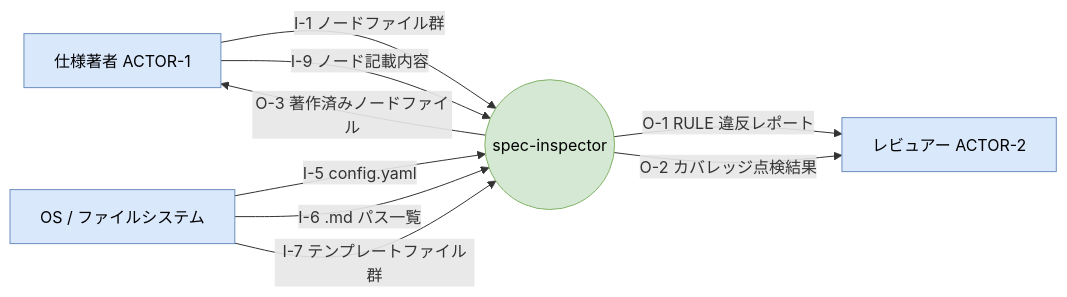
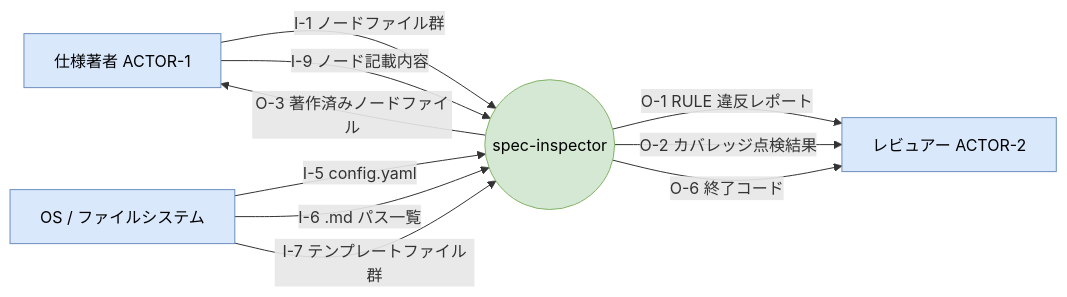
One commit to hiratashinnya/review-system changed the first of 15 diagrams in doc-system/03-analysis/00-dfd.md. Above: the diagram before and after it, drawn with Mermaid. The commit also changed other lines of this file and 5 other files, not shown here.

````diff
--- a/doc-system/03-analysis/00-dfd.md
+++ b/doc-system/03-analysis/00-dfd.md
@@ -23,19 +23,20 @@
 ```mermaid
 flowchart LR
   classDef ext fill:#dae8fc,stroke:#6c8ebf,color:#000
   classDef sys fill:#d5e8d4,stroke:#82b366,color:#000
 
   ACTOR1["仕様著者 ACTOR-1"]:::ext
   ACTOR2["レビュアー ACTOR-2"]:::ext
   FS["OS / ファイルシステム"]:::ext
   SYS(("spec-inspector")):::sys
 
   ACTOR1 -->|"I-1 ノードファイル群"| SYS
   ACTOR1 -->|"I-9 ノード記載内容"| SYS
   FS     -->|"I-5 config.yaml"| SYS
   FS     -->|"I-6 .md パス一覧"| SYS
   FS     -->|"I-7 テンプレートファイル群"| SYS
   SYS    -->|"O-1 RULE 違反レポート"| ACTOR2
   SYS    -->|"O-2 カバレッジ点検結果"| ACTOR2
+  SYS    -->|"O-6 終了コード"| ACTOR2
   SYS    -->|"O-3 著作済みノードファイル"| ACTOR1
 ```
````
